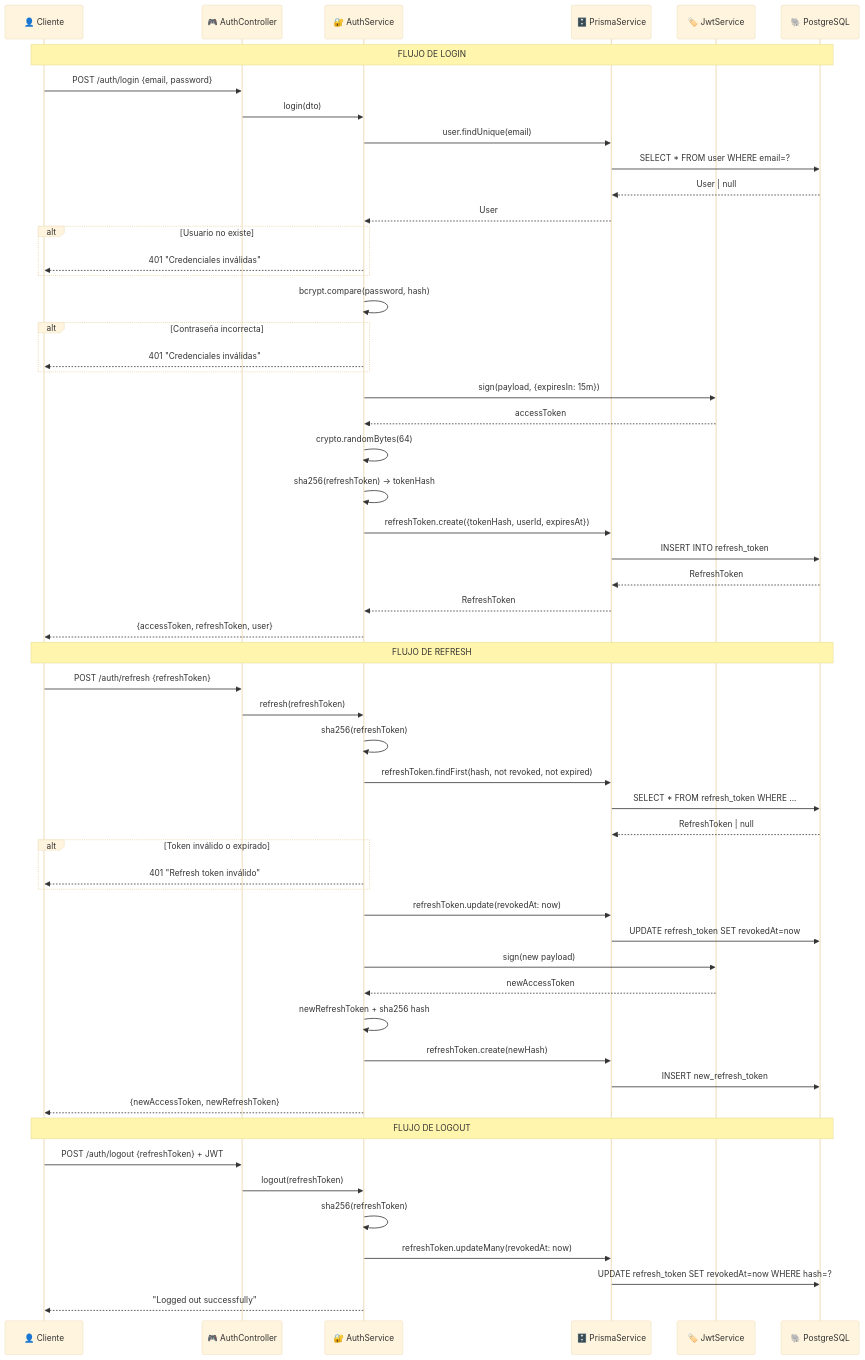
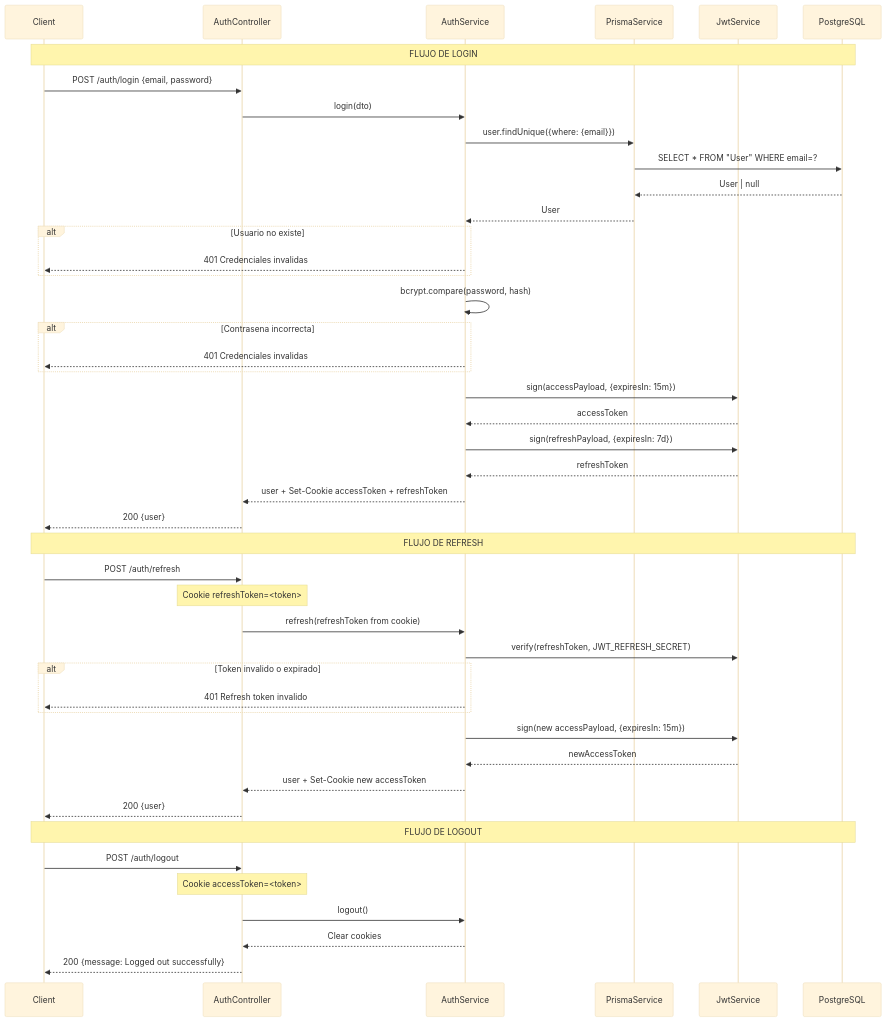
The diagram in docs/diagrams/03-flujo-auth.mmd (CristianMz21/prescriptions-app-backend), drawn with Mermaid before and after one commit. The commit also changed 27 other files, not shown here.

```diff
--- a/docs/diagrams/03-flujo-auth.mmd
+++ b/docs/diagrams/03-flujo-auth.mmd
@@ -1,62 +1,52 @@
 %%{init: {"theme": "base", "themeVariables": {"fontSize": "18px"}}}%%
 sequenceDiagram
-    participant C as 👤 Cliente
-    participant AC as 🎮 AuthController
-    participant AS as 🔐 AuthService
-    participant PR as 🗄️ PrismaService
-    participant JWT as 🏷️ JwtService
-    participant DB as 🐘 PostgreSQL
+    participant C as Client
+    participant AC as AuthController
+    participant AS as AuthService
+    participant PR as PrismaService
+    participant JWT as JwtService
+    participant DB as PostgreSQL
 
     Note over C,DB: FLUJO DE LOGIN
 
     C->>AC: POST /auth/login {email, password}
     AC->>AS: login(dto)
-    AS->>PR: user.findUnique(email)
-    PR->>DB: SELECT * FROM user WHERE email=?
+    AS->>PR: user.findUnique({where: {email}})
+    PR->>DB: SELECT * FROM "User" WHERE email=?
     DB-->>PR: User | null
     PR-->>AS: User
     alt Usuario no existe
-        AS-->>C: 401 "Credenciales inválidas"
+        AS-->>C: 401 Credenciales invalidas
     end
     AS->>AS: bcrypt.compare(password, hash)
-    alt Contraseña incorrecta
-        AS-->>C: 401 "Credenciales inválidas"
+    alt Contrasena incorrecta
+        AS-->>C: 401 Credenciales invalidas
     end
-    AS->>JWT: sign(payload, {expiresIn: 15m})
+    AS->>JWT: sign(accessPayload, {expiresIn: 15m})
     JWT-->>AS: accessToken
-    AS->>AS: crypto.randomBytes(64)
-    AS->>AS: sha256(refreshToken) → tokenHash
-    AS->>PR: refreshToken.create({tokenHash, userId, expiresAt})
-    PR->>DB: INSERT INTO refresh_token
-    DB-->>PR: RefreshToken
-    PR-->>AS: RefreshToken
-    AS-->>C: {accessToken, refreshToken, user}
+    AS->>JWT: sign(refreshPayload, {expiresIn: 7d})
+    JWT-->>AS: refreshToken
+    AS-->>AC: user + Set-Cookie accessToken + refreshToken
+    AC-->>C: 200 {user}
 
     Note over C,DB: FLUJO DE REFRESH
 
-    C->>AC: POST /auth/refresh {refreshToken}
-    AC->>AS: refresh(refreshToken)
-    AS->>AS: sha256(refreshToken)
-    AS->>PR: refreshToken.findFirst(hash, not revoked, not expired)
-    PR->>DB: SELECT * FROM refresh_token WHERE ...
-    DB-->>PR: RefreshToken | null
-    alt Token inválido o expirado
-        AS-->>C: 401 "Refresh token inválido"
+    C->>AC: POST /auth/refresh
+    Note over AC: Cookie refreshToken=<token>
+    AC->>AS: refresh(refreshToken from cookie)
+    AS->>JWT: verify(refreshToken, JWT_REFRESH_SECRET)
+    alt Token invalido o expirado
+        AS-->>C: 401 Refresh token invalido
     end
-    AS->>PR: refreshToken.update(revokedAt: now)
-    PR->>DB: UPDATE refresh_token SET revokedAt=now
-    AS->>JWT: sign(new payload)
+    AS->>JWT: sign(new accessPayload, {expiresIn: 15m})
     JWT-->>AS: newAccessToken
-    AS->>AS: newRefreshToken + sha256 hash
-    AS->>PR: refreshToken.create(newHash)
-    PR->>DB: INSERT new_refresh_token
-    AS-->>C: {newAccessToken, newRefreshToken}
+    AS-->>AC: user + Set-Cookie new accessToken
+    AC-->>C: 200 {user}
 
     Note over C,DB: FLUJO DE LOGOUT
 
-    C->>AC: POST /auth/logout {refreshToken} + JWT
-    AC->>AS: logout(refreshToken)
-    AS->>AS: sha256(refreshToken)
-    AS->>PR: refreshToken.updateMany(revokedAt: now)
-    PR->>DB: UPDATE refresh_token SET revokedAt=now WHERE hash=?
-    AS-->>C: "Logged out successfully"
+    C->>AC: POST /auth/logout
+    Note over AC: Cookie accessToken=<token>
+    AC->>AS: logout()
+    AS-->>AC: Clear cookies
+    AC-->>C: 200 {message: Logged out successfully}
```
